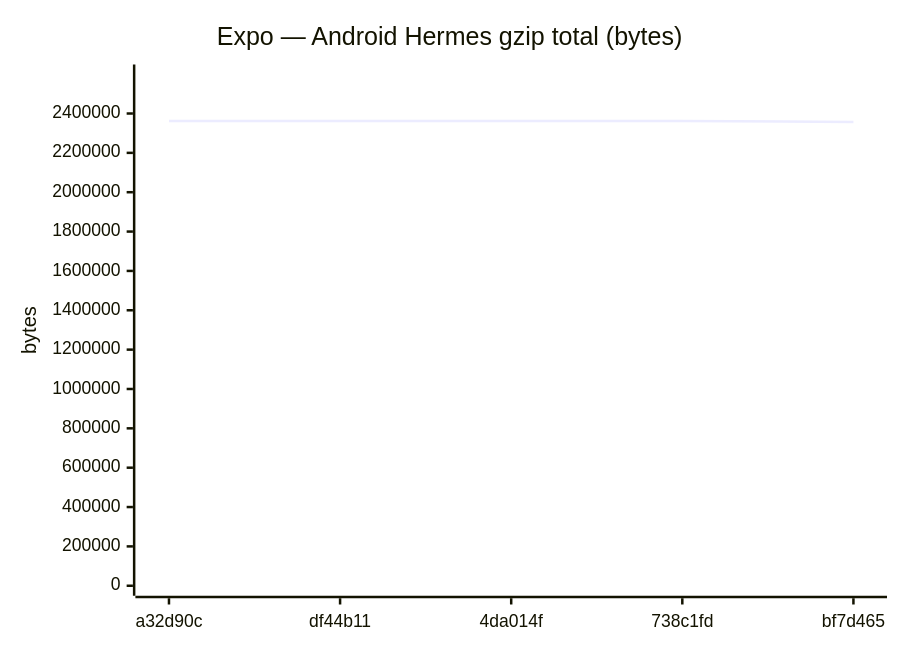
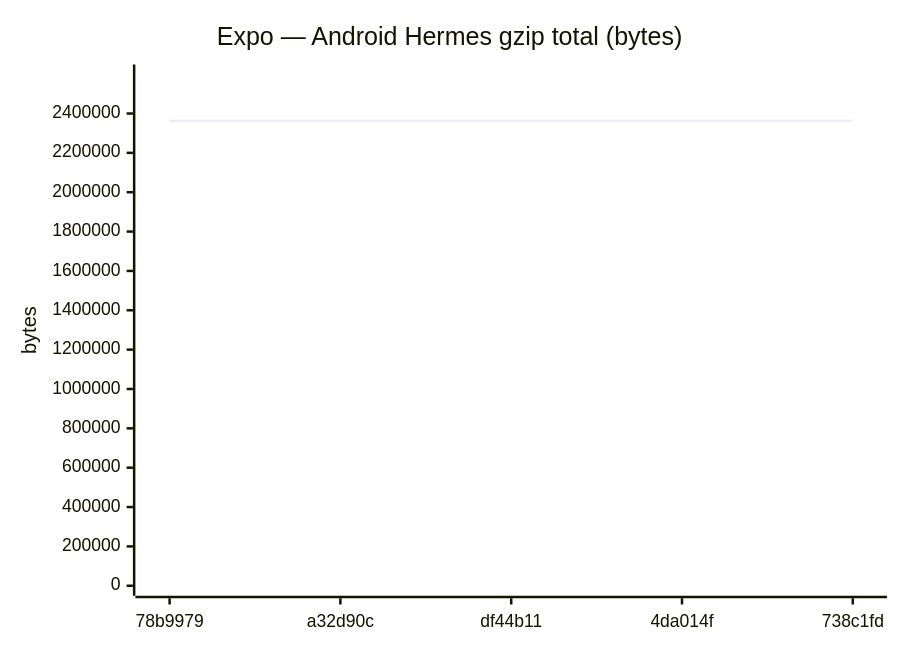
Before and after one commit to Metaheurist/Rianell: diagram 15 of 24 in benchmarks/compare.md, drawn with Mermaid. The commit also changed other lines of this file and 12 other files, not shown here.

````diff
--- a/benchmarks/compare.md
+++ b/benchmarks/compare.md
@@ -221,7 +221,7 @@
 ```mermaid
 xychart-beta
     title "Expo — Android Hermes gzip total (bytes)"
-    x-axis ["a32d90c", "df44b11", "4da014f", "738c1fd", "bf7d465"]
-    y-axis "bytes" 0 --> 2598253
-    line [2362047, 2362047, 2362048, 2362047, 2356686]
+    x-axis ["78b9979", "a32d90c", "df44b11", "4da014f", "738c1fd"]
+    y-axis "bytes" 0 --> 2598293
+    line [2362084, 2362047, 2362047, 2362048, 2362047]
 ```
````
